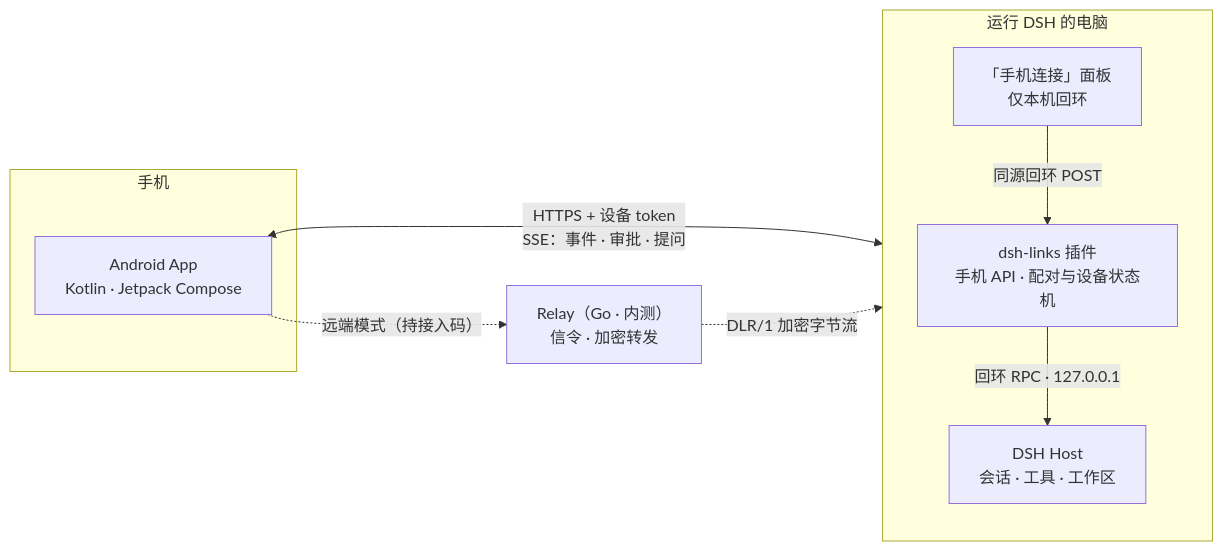
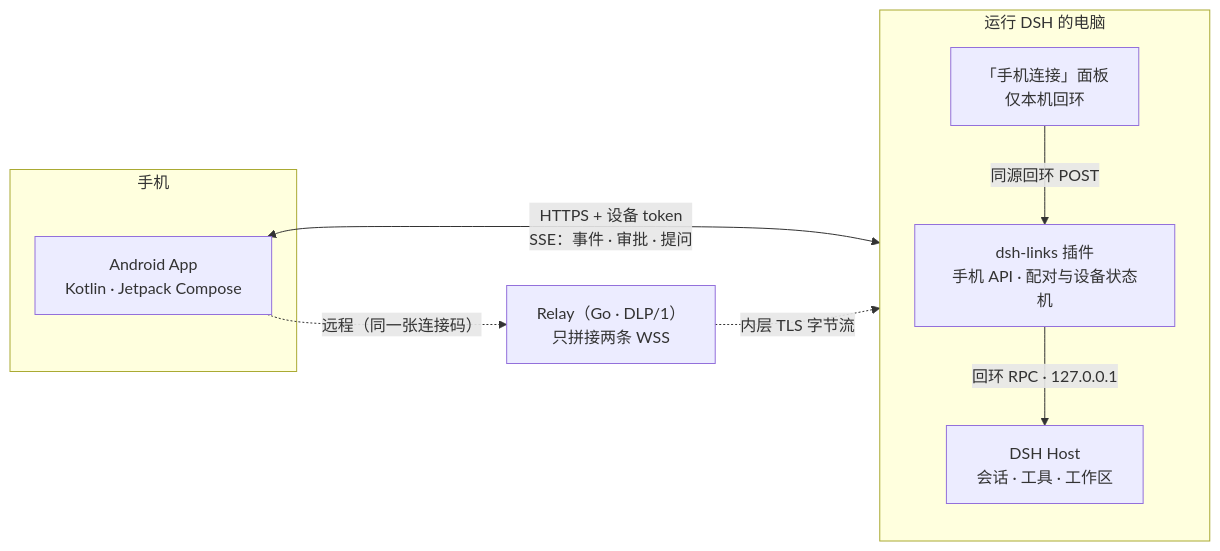
The diagram in README.md (lunaship/dsh-cetus), drawn with Mermaid before and after one commit. The commit also changed other lines of this file and 3 other files, not shown here.

Commit message:
docs: 远程连接改为 DLP/1 一张码；记录联调证据与版本门槛；DLR/1 下线说明

````diff
--- a/README.md
+++ b/README.md
@@ -150,21 +150,21 @@
 ```mermaid
 flowchart LR
     subgraph Phone ["手机"]
         App["Android App<br/>Kotlin · Jetpack Compose"]
     end
 
     subgraph Computer ["运行 DSH 的电脑"]
         direction TB
         Plugin["dsh-links 插件<br/>手机 API · 配对与设备状态机"]
         Panel["「手机连接」面板<br/>仅本机回环"]
         Host["DSH Host<br/>会话 · 工具 · 工作区"]
     end
 
-    Relay["Relay（Go · 内测）<br/>信令 · 加密转发"]
+    Relay["Relay（Go · DLP/1）<br/>只拼接两条 WSS"]
 
     App <-->|"HTTPS + 设备 token<br/>SSE：事件 · 审批 · 提问"| Plugin
     Panel -->|"同源回环 POST"| Plugin
     Plugin -->|"回环 RPC · 127.0.0.1"| Host
-    App -.->|"远端模式（持接入码）"| Relay
-    Relay -.->|"DLR/1 加密字节流"| Plugin
+    App -.->|"远程（同一张连接码）"| Relay
+    Relay -.->|"内层 TLS 字节流"| Plugin
 ```
````
